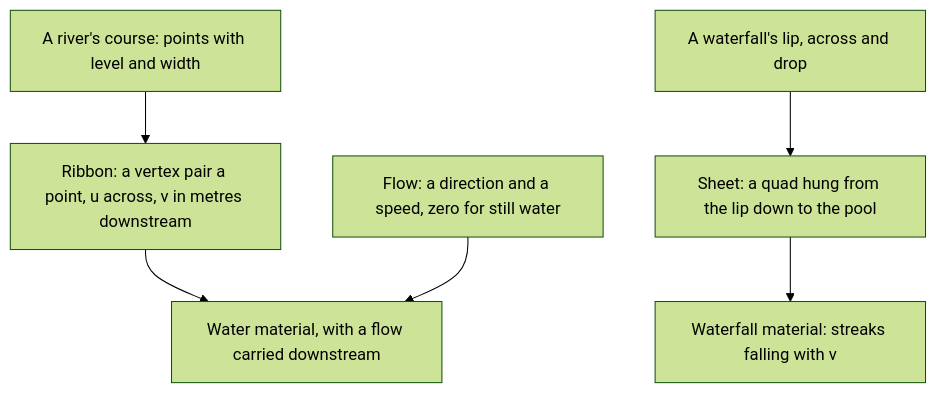
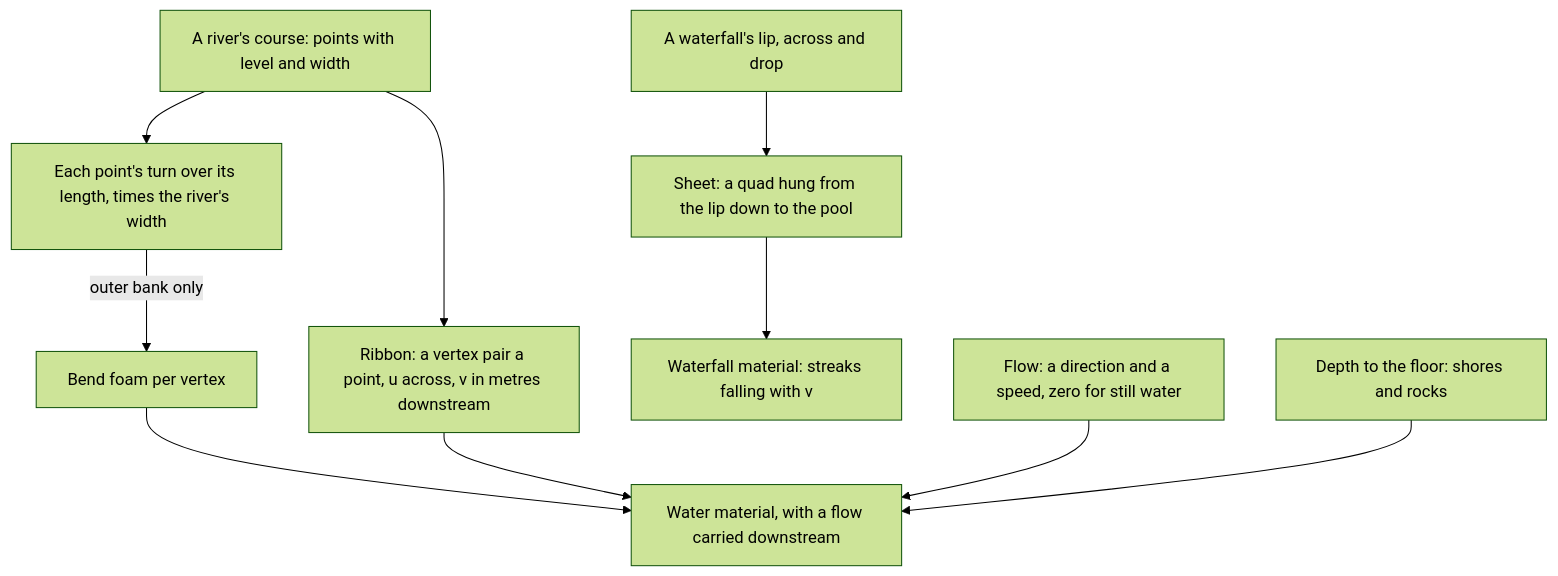
Before and after one commit to Esposter/Esposter: the diagram in apps/web/content/docs/genshin/flowing-water.md, drawn with Mermaid (forest theme). The commit also changed other lines of this file and 5 other files, not shown here.

Commit message:
feat(genshin-engine): a river's bends gather foam on their outer bank, written by its ribbon and read by the water material

````diff
--- a/apps/web/content/docs/genshin/flowing-water.md
+++ b/apps/web/content/docs/genshin/flowing-water.md
@@ -12,8 +12,12 @@
 ```mermaid
 flowchart TD
   COURSE["A river's course: points with level and width"] --> RIB["Ribbon: a vertex pair a point, u across, v in metres downstream"]
+  COURSE --> BEND["Each point's turn over its length, times the river's width"]
+  BEND -->|outer bank only| FOAMV["Bend foam per vertex"]
+  FOAMV --> MAT
   LIP["A waterfall's lip, across and drop"] --> SHEET["Sheet: a quad hung from the lip down to the pool"]
   RIB --> MAT["Water material, with a flow carried downstream"]
   SHEET --> STREAK["Waterfall material: streaks falling with v"]
   FLOW["Flow: a direction and a speed, zero for still water"] --> MAT
+  DEPTH["Depth to the floor: shores and rocks"] --> MAT
 ```
````
